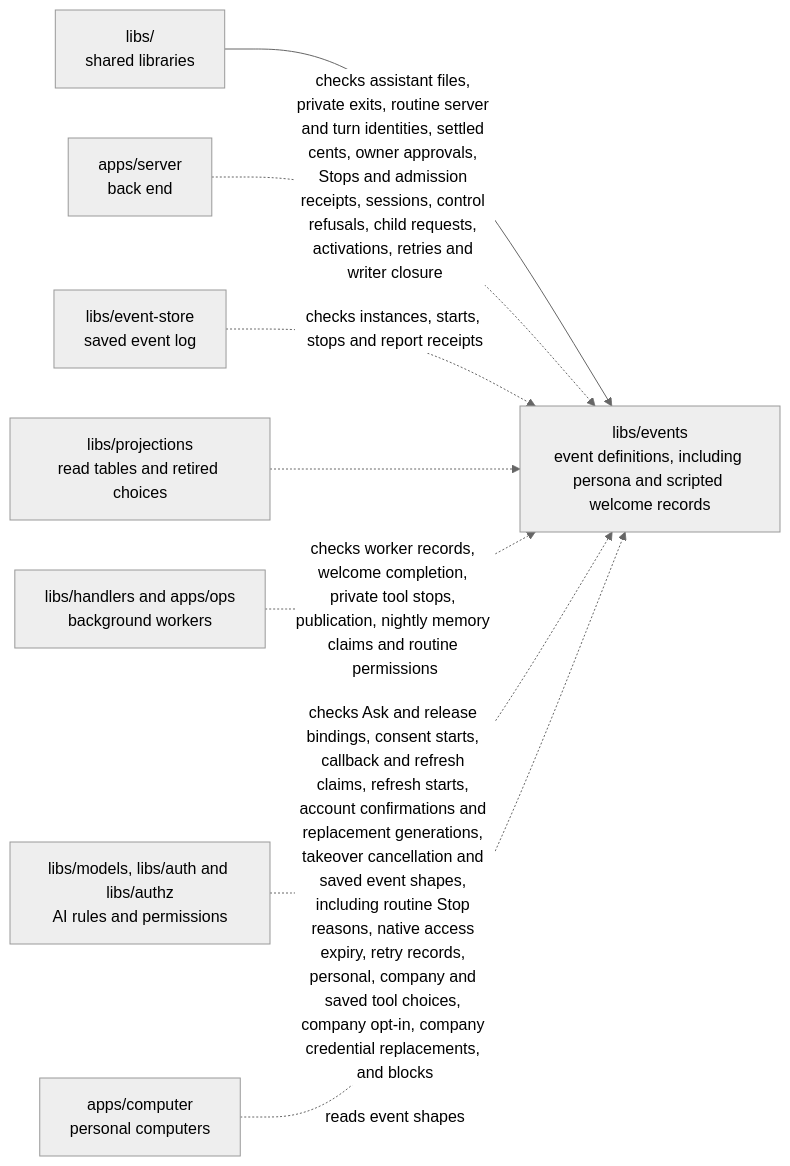
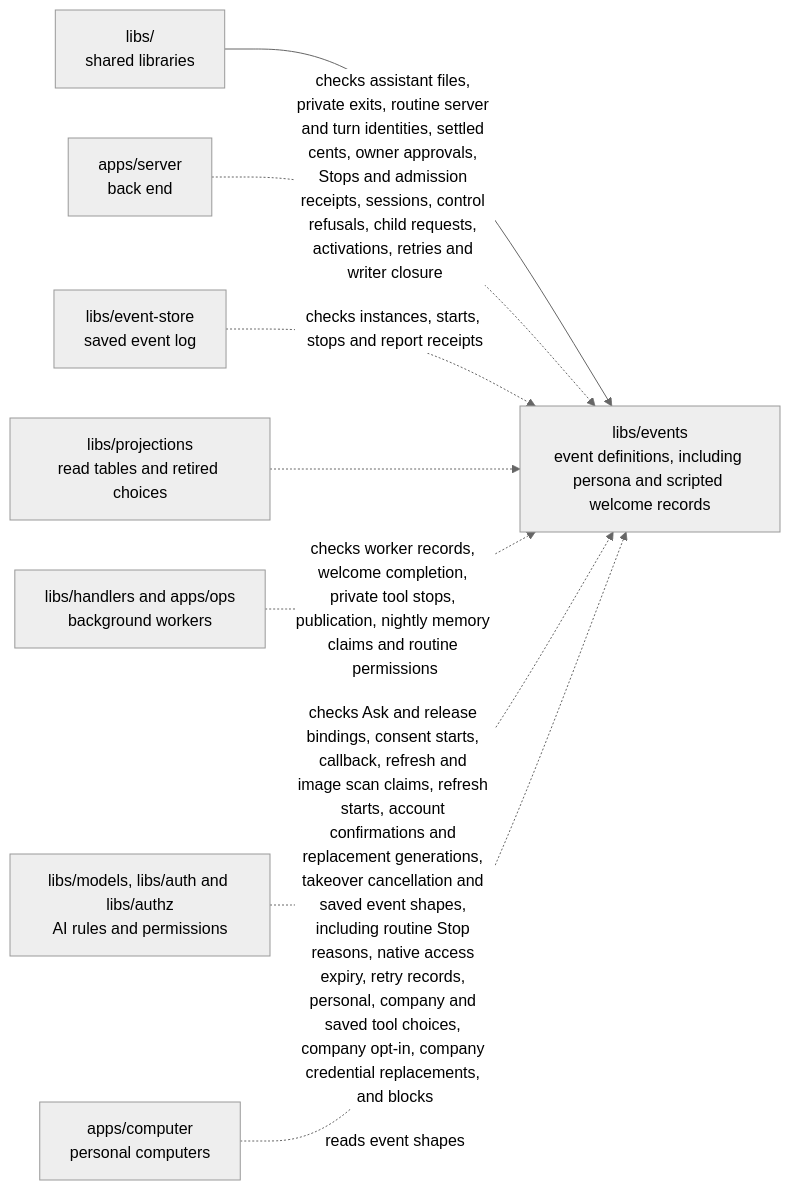
The diagram in libs/events/README.md (elewa-git/opencrane-new), drawn with Mermaid (neutral theme) before and after one commit. The commit also changed other lines of this file and 11 other files, not shown here.

Commit message:
🦠 Give each image scan claim one caller identity

````diff
--- a/libs/events/README.md
+++ b/libs/events/README.md
@@ -61,10 +61,10 @@
 ```mermaid
 flowchart LR
   parent["libs/<br/>shared libraries"] --> events["libs/events<br/>event definitions, including persona and scripted welcome records"]
   server["apps/server<br/>back end"] -.->|checks assistant files, private exits, routine server and turn identities, settled cents, owner approvals, Stops and admission receipts, sessions, control refusals, child requests, activations, retries and writer closure| events
   store["libs/event-store<br/>saved event log"] -.->|checks instances, starts, stops and report receipts| events
   projections["libs/projections<br/>read tables and retired choices"] -.-> events
   workers["libs/handlers and apps/ops<br/>background workers"] -.->|checks worker records, welcome completion, private tool stops, publication, nightly memory claims and routine permissions| events
-  models["libs/models, libs/auth and libs/authz<br/>AI rules and permissions"] -.->|checks Ask and release bindings, consent starts, callback and refresh claims, refresh starts, account confirmations and replacement generations, takeover cancellation and saved event shapes, including routine Stop reasons, native access expiry, retry records, personal, company and saved tool choices, company opt-in, company credential replacements, and blocks| events
+  models["libs/models, libs/auth and libs/authz<br/>AI rules and permissions"] -.->|checks Ask and release bindings, consent starts, callback, refresh and image scan claims, refresh starts, account confirmations and replacement generations, takeover cancellation and saved event shapes, including routine Stop reasons, native access expiry, retry records, personal, company and saved tool choices, company opt-in, company credential replacements, and blocks| events
   computer["apps/computer<br/>personal computers"] -.->|reads event shapes| events
 ```
````
